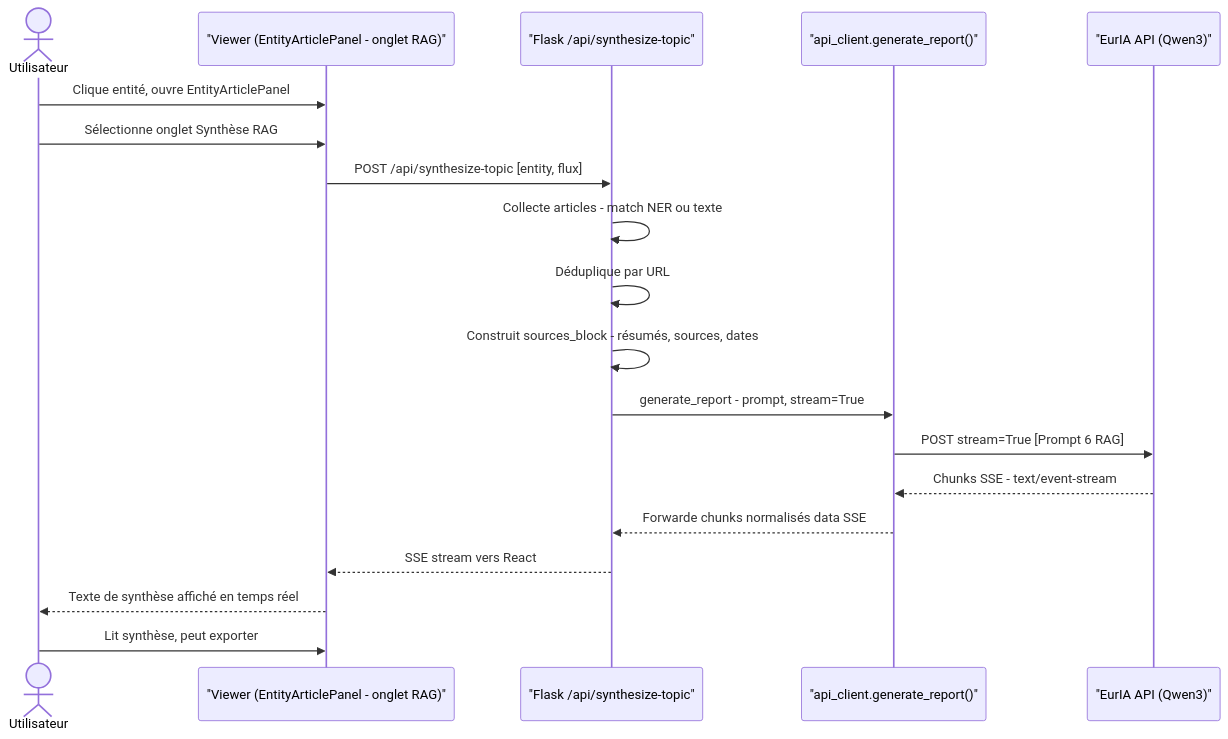
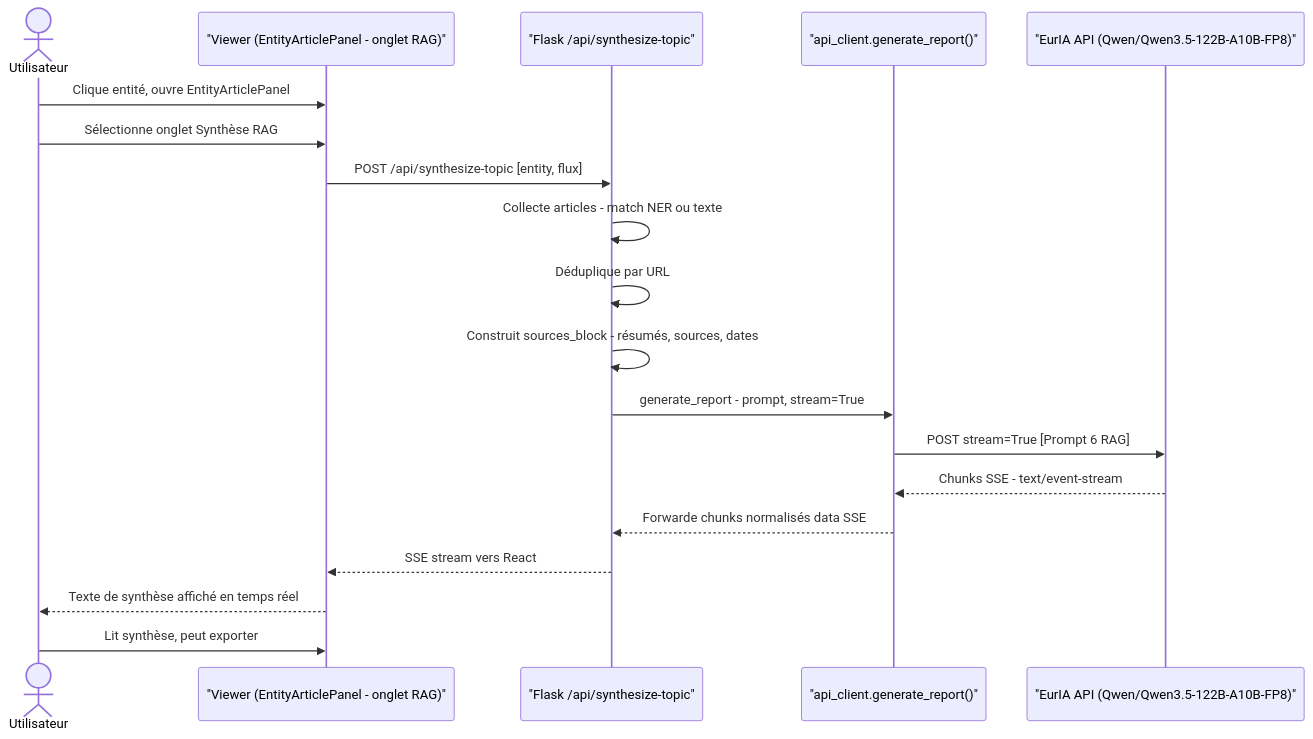
Diagram 13 of 19 in docs/USE_CASES.md (pat-the-geek/WUDD.ai), drawn with Mermaid before and after one commit. The commit also changed other lines of this file and 27 other files, not shown here.

Commit message:
Switch EurIA to Qwen3.5-122B and harden reasoning fallback

````diff
--- a/docs/USE_CASES.md
+++ b/docs/USE_CASES.md
@@ -613,22 +613,22 @@
 ```mermaid
 sequenceDiagram
     actor U as Utilisateur
     participant V as "Viewer (EntityArticlePanel - onglet RAG)"
     participant A as "Flask /api/synthesize-topic"
     participant C as "api_client.generate_report()"
-    participant AI as "EurIA API (Qwen3)"
+    participant AI as "EurIA API (Qwen/Qwen3.5-122B-A10B-FP8)"
 
     U->>V: Clique entité, ouvre EntityArticlePanel
     U->>V: Sélectionne onglet Synthèse RAG
     V->>A: POST /api/synthesize-topic [entity, flux]
     A->>A: Collecte articles - match NER ou texte
     A->>A: Déduplique par URL
     A->>A: Construit sources_block - résumés, sources, dates
     A->>C: generate_report - prompt, stream=True
     C->>AI: POST stream=True [Prompt 6 RAG]
     AI-->>C: Chunks SSE - text/event-stream
     C-->>A: Forwarde chunks normalisés data SSE
     A-->>V: SSE stream vers React
     V-->>U: Texte de synthèse affiché en temps réel
     U->>V: Lit synthèse, peut exporter
 ```
````
